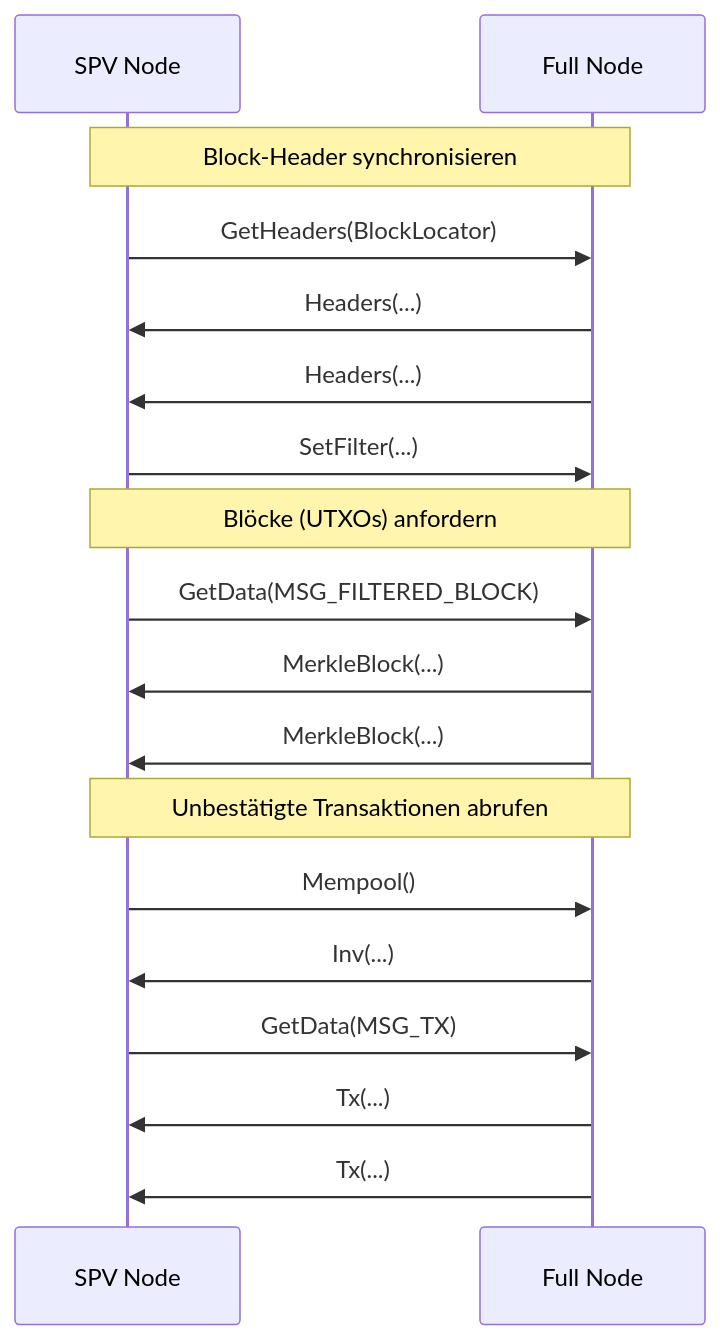
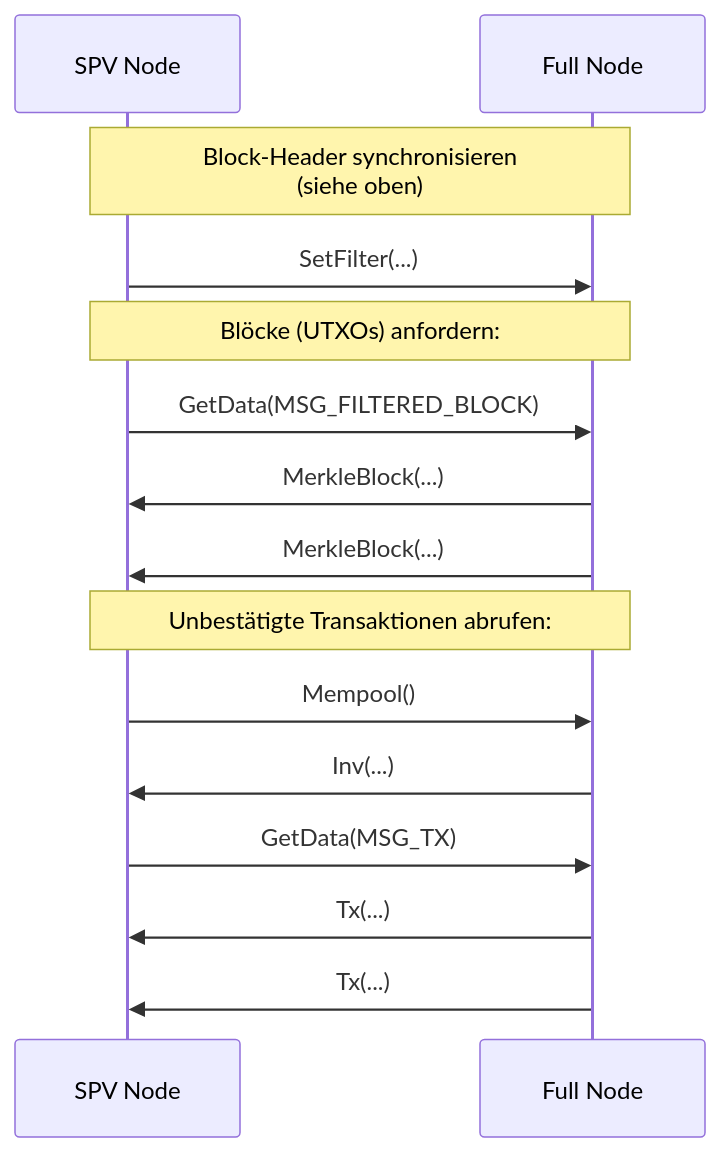
Before and after one commit to bjoern621/VSP-Blockchain: the fourth of 5 diagrams in docs/arc42/arc42-MinerNetwork/MinerNetwork.md, drawn with Mermaid. The commit also changed other lines of this file, not shown here.

Commit message:
Ergänzung von Links und Hinweisen zur Block-Header Synchronisation im Dokument

````diff
--- a/docs/arc42/arc42-MinerNetwork/MinerNetwork.md
+++ b/docs/arc42/arc42-MinerNetwork/MinerNetwork.md
@@ -433,28 +433,24 @@
 ```mermaid
 sequenceDiagram
     participant SPV as SPV Node
     participant Full as Full Node
 
-    Note over SPV, Full: Block-Header synchronisieren
-
-    SPV->>Full: GetHeaders(BlockLocator)
-    Full->>SPV: Headers(...)
-    Full->>SPV: Headers(...)
+    Note over SPV, Full: Block-Header synchronisieren<br/>(siehe oben)
 
     SPV->>Full: SetFilter(...)
 
-    Note over SPV, Full: Blöcke (UTXOs) anfordern
+    Note over SPV, Full: Blöcke (UTXOs) anfordern:
 
     SPV->>Full: GetData(MSG_FILTERED_BLOCK)
     Full->>SPV: MerkleBlock(...)
     Full->>SPV: MerkleBlock(...)
 
-    Note over SPV, Full: Unbestätigte Transaktionen abrufen
+    Note over SPV, Full: Unbestätigte Transaktionen abrufen:
 
     SPV->>Full: Mempool()
     Full->>SPV: Inv(...)
 
     SPV->>Full: GetData(MSG_TX)
     Full->>SPV: Tx(...)
     Full->>SPV: Tx(...)
 ```
````
